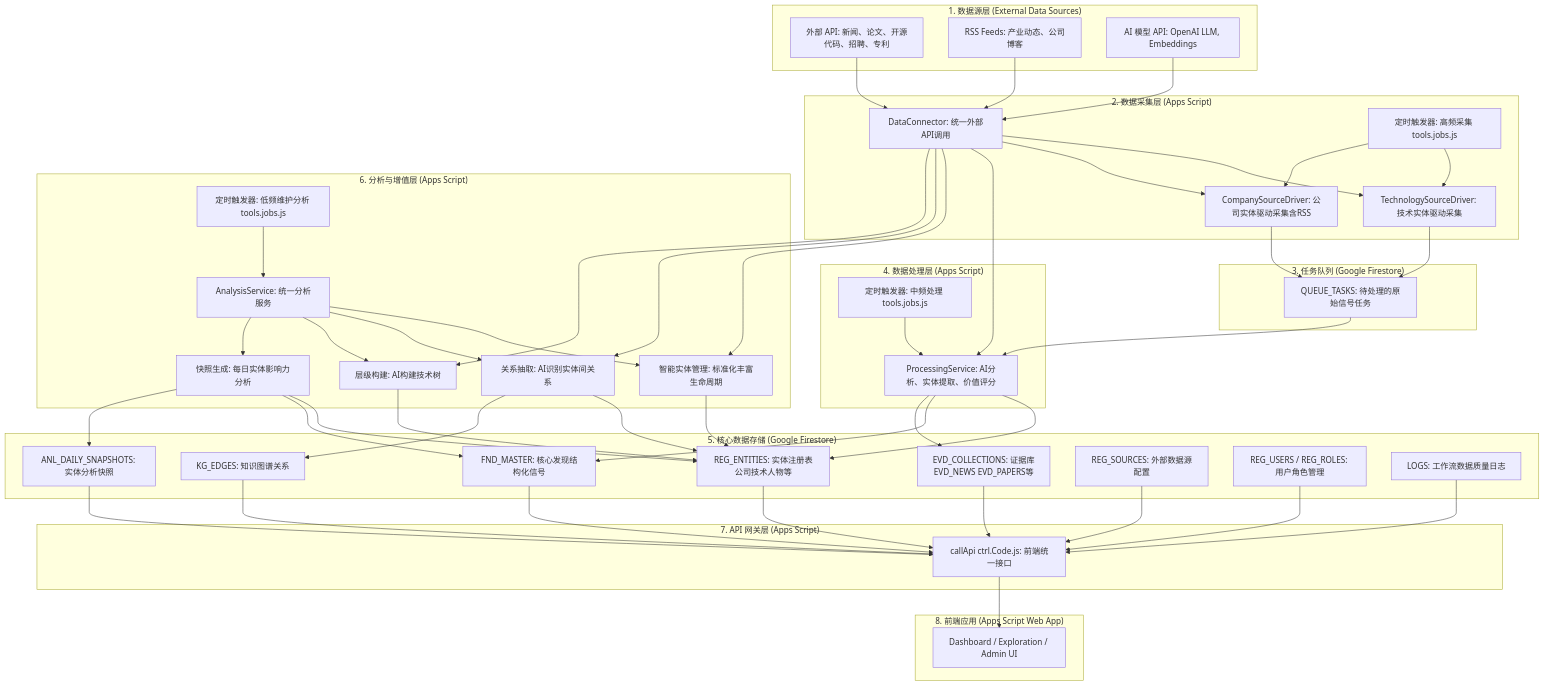
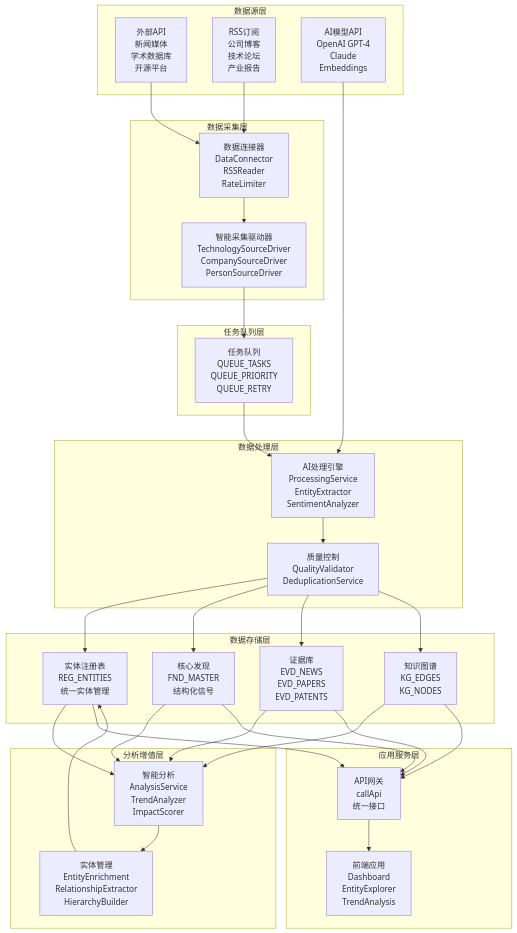
The first of 7 diagrams in docs/系统基本信息.md (wisdom-future/tech-deepdive), drawn with Mermaid before and after one commit. The commit also changed other lines of this file, not shown here.

````diff
--- a/docs/系统基本信息.md
+++ b/docs/系统基本信息.md
@@ -7,100 +9,68 @@
 ```mermaid
-graph TD
-    subgraph "1. 数据源层 (External Data Sources)"
-        A[外部 API: 新闻、论文、开源代码、招聘、专利]
-        B[RSS Feeds: 产业动态、公司博客]
-        C[AI 模型 API: OpenAI LLM, Embeddings]
+graph TB
+    subgraph "数据源层"
+        A[外部API<br/>新闻媒体<br/>学术数据库<br/>开源平台]
+        B[RSS订阅<br/>公司博客<br/>技术论坛<br/>产业报告]
+        C[AI模型API<br/>OpenAI GPT-4<br/>Claude<br/>Embeddings]
     end
 
-    subgraph "2. 数据采集层 (Apps Script)"
-        D[TechnologySourceDriver: 技术实体驱动采集]
-        E[CompanySourceDriver: 公司实体驱动采集含RSS]
-        F[DataConnector: 统一外部API调用]
-        G[定时触发器: 高频采集 tools.jobs.js]
+    subgraph "数据采集层"
+        D[智能采集驱动器<br/>TechnologySourceDriver<br/>CompanySourceDriver<br/>PersonSourceDriver]
+        E[数据连接器<br/>DataConnector<br/>RSSReader<br/>RateLimiter]
     end
 
-    subgraph "3. 任务队列 (Google Firestore)"
-        H[QUEUE_TASKS: 待处理的原始信号任务]
+    subgraph "任务队列层"
+        F[任务队列<br/>QUEUE_TASKS<br/>QUEUE_PRIORITY<br/>QUEUE_RETRY]
     end
 
-    subgraph "4. 数据处理层 (Apps Script)"
-        I[ProcessingService: AI分析、实体提取、价值评分]
-        J[定时触发器: 中频处理 tools.jobs.js]
+    subgraph "数据处理层"
+        G[AI处理引擎<br/>ProcessingService<br/>EntityExtractor<br/>SentimentAnalyzer]
+        H[质量控制<br/>QualityValidator<br/>DeduplicationService]
     end
 
-    subgraph "5. 核心数据存储 (Google Firestore)"
-        K[REG_ENTITIES: 实体注册表公司技术人物等]
-        L[FND_MASTER: 核心发现结构化信号]
-        M[EVD_COLLECTIONS: 证据库EVD_NEWS EVD_PAPERS等]
-        N[KG_EDGES: 知识图谱关系]
-        O[ANL_DAILY_SNAPSHOTS: 实体分析快照]
-        P[REG_SOURCES: 外部数据源配置]
-        Q[REG_USERS / REG_ROLES: 用户角色管理]
-        R[LOGS: 工作流数据质量日志]
+    subgraph "数据存储层"
+        I[实体注册表<br/>REG_ENTITIES<br/>统一实体管理]
+        J[核心发现<br/>FND_MASTER<br/>结构化信号]
+        K[证据库<br/>EVD_NEWS<br/>EVD_PAPERS<br/>EVD_PATENTS]
+        L[知识图谱<br/>KG_EDGES<br/>KG_NODES]
     end
 
-    subgraph "6. 分析与增值层 (Apps Script)"
-        S[AnalysisService: 统一分析服务]
-        T[智能实体管理: 标准化丰富生命周期]
-        U[关系抽取: AI识别实体间关系]
-        V[层级构建: AI构建技术树]
-        W[快照生成: 每日实体影响力分析]
-        X[定时触发器: 低频维护分析 tools.jobs.js]
+    subgraph "分析增值层"
+        M[智能分析<br/>AnalysisService<br/>TrendAnalyzer<br/>ImpactScorer]
+        N[实体管理<br/>EntityEnrichment<br/>RelationshipExtractor<br/>HierarchyBuilder]
     end
 
-    subgraph "7. API 网关层 (Apps Script)"
-        Y[callApi ctrl.Code.js: 前端统一接口]
+    subgraph "应用服务层"
+        O[API网关<br/>callApi<br/>统一接口]
+        P[前端应用<br/>Dashboard<br/>EntityExplorer<br/>TrendAnalysis]
     end
 
-    subgraph "8. 前端应用 (Apps Script Web App)"
-        Z[Dashboard / Exploration / Admin UI]
-    end
-
-    A --> F
-    B --> F
-    C --> F
-
-    F --> D
-    F --> E
-    F --> I
-    F --> T
-    F --> U
-    F --> V
-
-    D --> H
-    E --> H
-    G --> D
-    G --> E
-
+    A --> E
+    B --> E
+    C --> G
+    
+    E --> D
+    D --> F
+    F --> G
+    G --> H
+    
     H --> I
-    J --> I
-
-    I --> K
-    I --> L
+    H --> J
+    H --> K
+    H --> L
+    
     I --> M
-
-    X --> S
-    S --> T
-    S --> U
-    S --> V
-    S --> W
-
-    T --> K
-    U --> K
-    U --> N
-    V --> K
-    W --> K
-    W --> L
-    W --> O
-
-    K --> Y
-    L --> Y
-    M --> Y
-    N --> Y
-    O --> Y
-    P --> Y
-    Q --> Y
-    R --> Y
-
-    Y --> Z
+    J --> M
+    K --> M
+    L --> M
+    
+    M --> N
+    N --> I
+    
+    I --> O
+    J --> O
+    K --> O
+    L --> O
+    
+    O --> P
 ```
````
